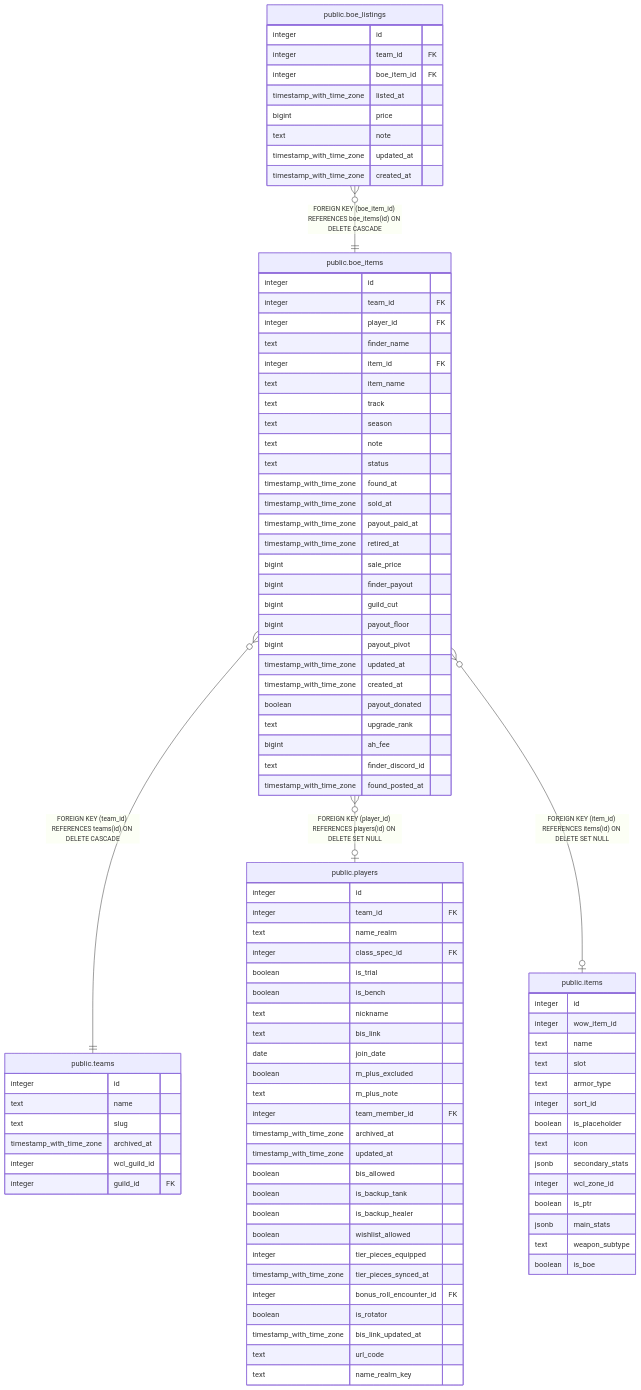
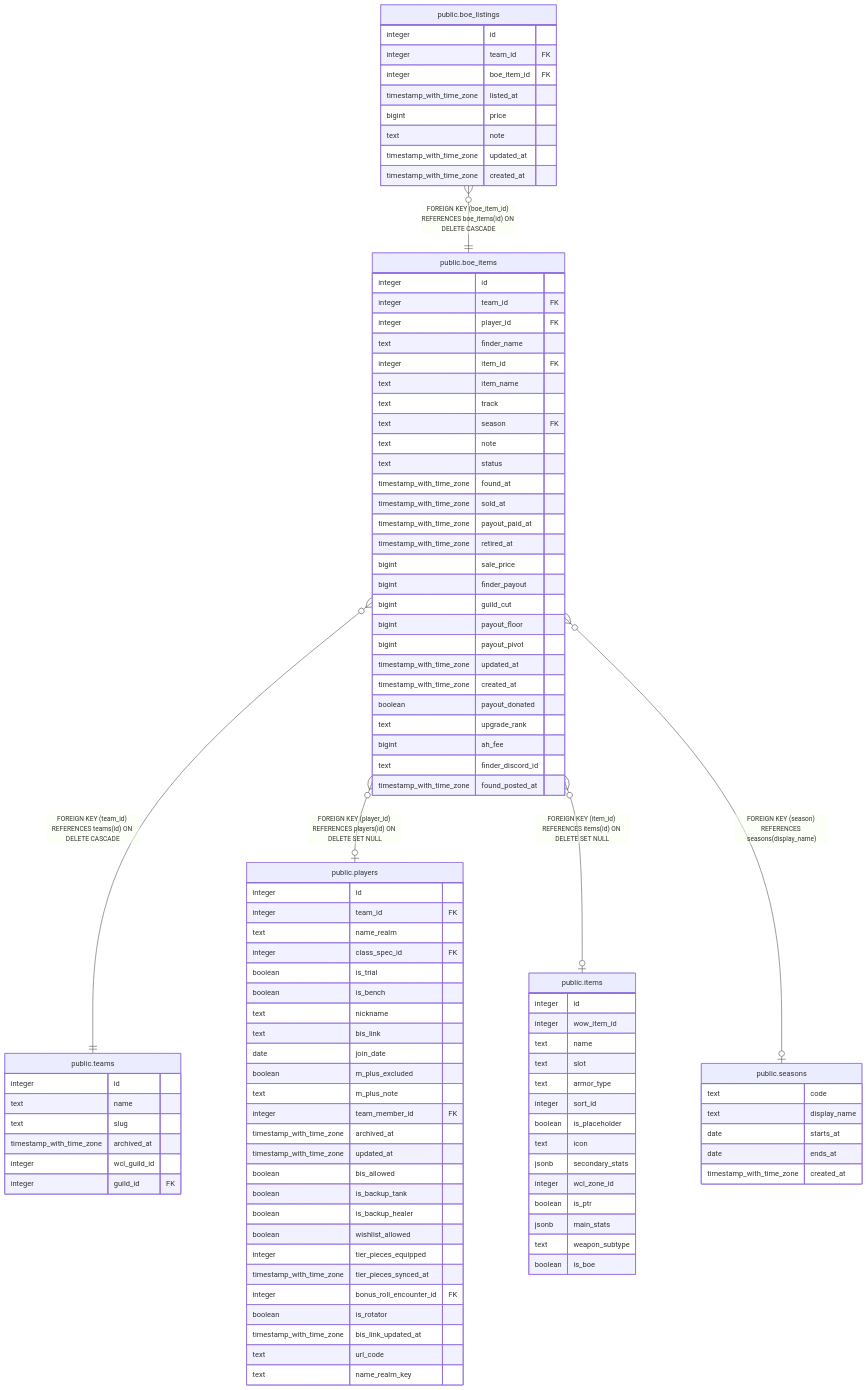
The diagram in dbdoc/public.boe_items.md (katogaming88/WGA-Raid-Hub), drawn with Mermaid before and after one commit. The commit also changed other lines of this file and 64 other files, not shown here.

First line of the commit message:
A seasons table, a foreign key on every season column, and the sync keeping the team's stamp (v3.123.0) (#1194)

````diff
--- a/dbdoc/public.boe_items.md
+++ b/dbdoc/public.boe_items.md
@@ -79,6 +80,7 @@
 "public.boe_items" }o--|| "public.teams" : "FOREIGN KEY (team_id) REFERENCES teams(id) ON DELETE CASCADE"
 "public.boe_items" }o--o| "public.players" : "FOREIGN KEY (player_id) REFERENCES players(id) ON DELETE SET NULL"
 "public.boe_items" }o--o| "public.items" : "FOREIGN KEY (item_id) REFERENCES items(id) ON DELETE SET NULL"
+"public.boe_items" }o--o| "public.seasons" : "FOREIGN KEY (season) REFERENCES seasons(display_name)"
 
 "public.boe_items" {
   integer id
@@ -88,7 +90,7 @@
   integer item_id FK
   text item_name
   text track
-  text season
+  text season FK
   text note
   text status
   timestamp_with_time_zone found_at
@@ -169,4 +171,11 @@
   text weapon_subtype
   boolean is_boe
 }
+"public.seasons" {
+  text code
+  text display_name
+  date starts_at
+  date ends_at
+  timestamp_with_time_zone created_at
+}
 ```
````
